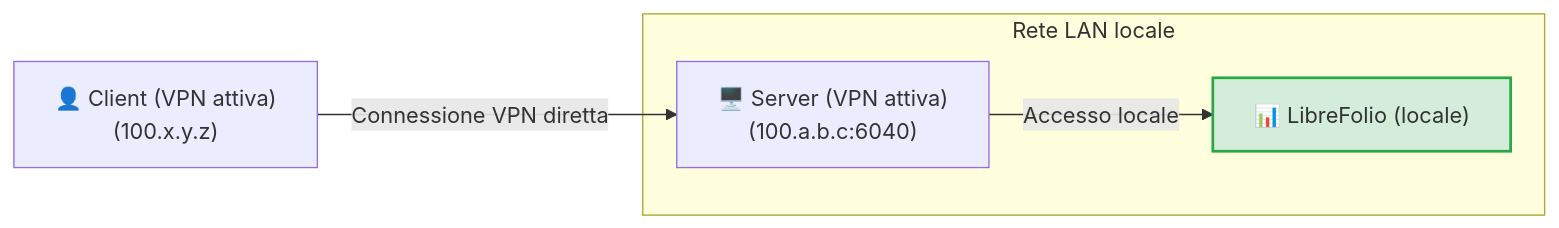
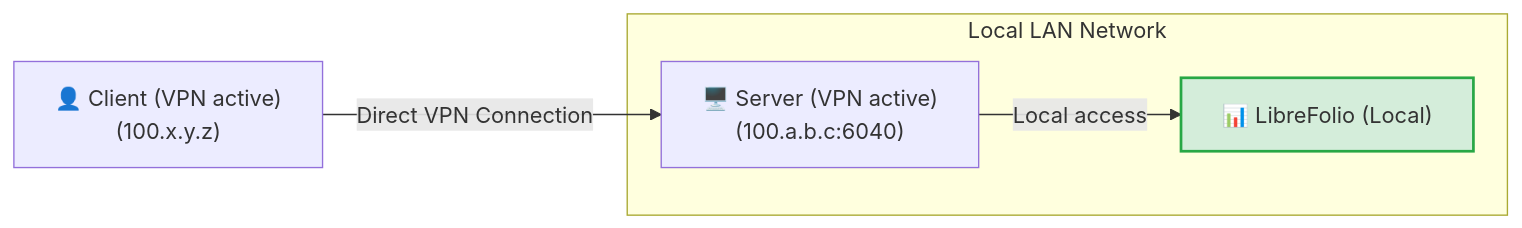
The second of 3 diagrams in mkdocs_src/docs/admin/service_exposure.it.md (Librefolio/LibreFolio), drawn with Mermaid before and after one commit. The commit also changed other lines of this file and 2 other files, not shown here.

````diff
--- a/mkdocs_src/docs/admin/service_exposure.it.md
+++ b/mkdocs_src/docs/admin/service_exposure.it.md
@@ -96,8 +100,8 @@
 ```mermaid
 graph LR
-    Client["👤 Client (VPN attiva)<br>(100.x.y.z)"] -->|Connessione VPN diretta| Server["🖥️ Server (VPN attiva)<br>(100.a.b.c:6040)"]
-    subgraph LAN ["Rete LAN locale"]
-        Server -->|Accesso locale| LibreFolio["📊 LibreFolio (locale)"]
+    Client["👤 Client (VPN active)<br>(100.x.y.z)"] -->|Direct VPN Connection| Server["🖥️ Server (VPN active)<br>(100.a.b.c:6040)"]
+    subgraph LAN ["Local LAN Network"]
+        Server -->|Local access| LibreFolio["📊 LibreFolio (Local)"]
     end
     style LibreFolio fill:#d4edda,stroke:#28a745,stroke-width:2px;
 ```
````
